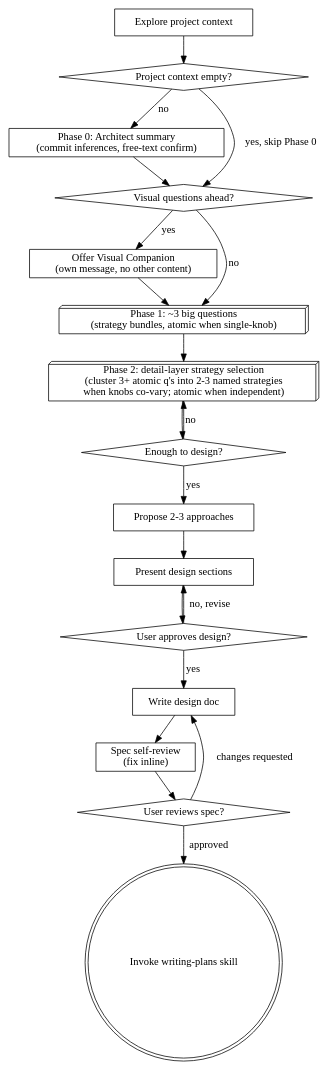
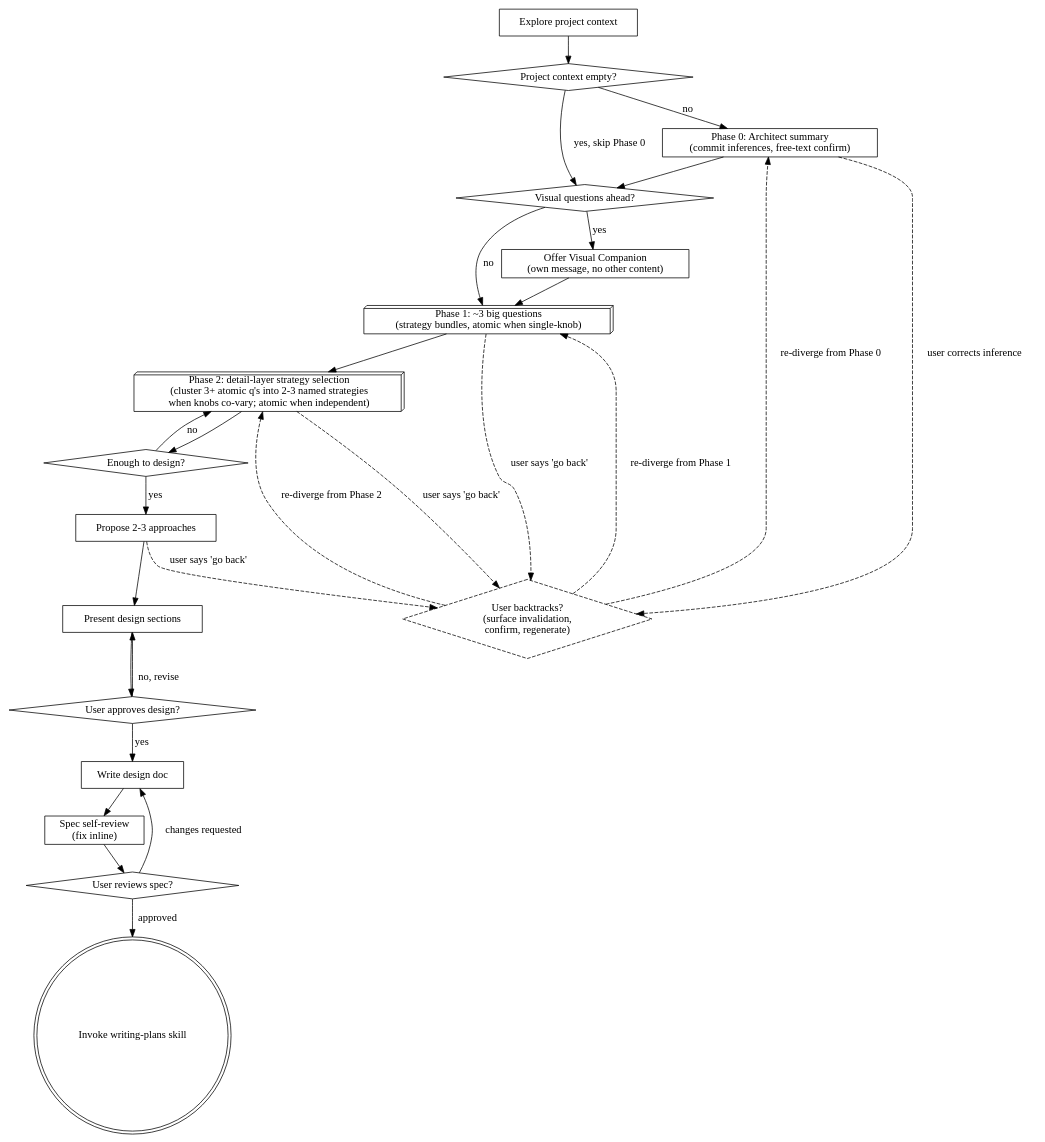
The diagram in plugins/brainstorming/skills/brainstorming/SKILL.md (standardbeagle/standardbeagle-tools), drawn with Graphviz before and after one commit. The commit also changed other lines of this file, not shown here.

First line of the commit message:
[DART-xKgsMlXZn3FD] Brainstorming SKILL.md: formalize diverge/converge + backtrack

````diff
--- a/plugins/brainstorming/skills/brainstorming/SKILL.md
+++ b/plugins/brainstorming/skills/brainstorming/SKILL.md
@@ -51,39 +52,52 @@
 ```dot
 digraph brainstorming {
     "Explore project context" [shape=box];
     "Project context empty?" [shape=diamond];
     "Phase 0: Architect summary\n(commit inferences, free-text confirm)" [shape=box];
     "Visual questions ahead?" [shape=diamond];
     "Offer Visual Companion\n(own message, no other content)" [shape=box];
     "Phase 1: ~3 big questions\n(strategy bundles, atomic when single-knob)" [shape=box3d];
     "Phase 2: detail-layer strategy selection\n(cluster 3+ atomic q's into 2-3 named strategies\nwhen knobs co-vary; atomic when independent)" [shape=box3d];
     "Enough to design?" [shape=diamond];
     "Propose 2-3 approaches" [shape=box];
+    "User backtracks?\n(surface invalidation,\nconfirm, regenerate)" [shape=diamond, style=dashed];
     "Present design sections" [shape=box];
     "User approves design?" [shape=diamond];
     "Write design doc" [shape=box];
     "Spec self-review\n(fix inline)" [shape=box];
     "User reviews spec?" [shape=diamond];
     "Invoke writing-plans skill" [shape=doublecircle];
 
     "Explore project context" -> "Project context empty?";
     "Project context empty?" -> "Visual questions ahead?" [label="yes, skip Phase 0"];
     "Project context empty?" -> "Phase 0: Architect summary\n(commit inferences, free-text confirm)" [label="no"];
     "Phase 0: Architect summary\n(commit inferences, free-text confirm)" -> "Visual questions ahead?";
     "Visual questions ahead?" -> "Offer Visual Companion\n(own message, no other content)" [label="yes"];
     "Visual questions ahead?" -> "Phase 1: ~3 big questions\n(strategy bundles, atomic when single-knob)" [label="no"];
     "Offer Visual Companion\n(own message, no other content)" -> "Phase 1: ~3 big questions\n(strategy bundles, atomic when single-knob)";
     "Phase 1: ~3 big questions\n(strategy bundles, atomic when single-knob)" -> "Phase 2: detail-layer strategy selection\n(cluster 3+ atomic q's into 2-3 named strategies\nwhen knobs co-vary; atomic when independent)";
     "Phase 2: detail-layer strategy selection\n(cluster 3+ atomic q's into 2-3 named strategies\nwhen knobs co-vary; atomic when independent)" -> "Enough to design?";
     "Enough to design?" -> "Phase 2: detail-layer strategy selection\n(cluster 3+ atomic q's into 2-3 named strategies\nwhen knobs co-vary; atomic when independent)" [label="no"];
     "Enough to design?" -> "Propose 2-3 approaches" [label="yes"];
     "Propose 2-3 approaches" -> "Present design sections";
+
+    // Diverge/converge: each layer is a converge point user may revisit.
+    // Backtrack edges are dashed — they're a recurring affordance, not the
+    // common forward path.
+    "Phase 1: ~3 big questions\n(strategy bundles, atomic when single-knob)" -> "User backtracks?\n(surface invalidation,\nconfirm, regenerate)" [style=dashed, label="user says 'go back'"];
+    "Phase 2: detail-layer strategy selection\n(cluster 3+ atomic q's into 2-3 named strategies\nwhen knobs co-vary; atomic when independent)" -> "User backtracks?\n(surface invalidation,\nconfirm, regenerate)" [style=dashed, label="user says 'go back'"];
+    "Propose 2-3 approaches" -> "User backtracks?\n(surface invalidation,\nconfirm, regenerate)" [style=dashed, label="user says 'go back'"];
+    "Phase 0: Architect summary\n(commit inferences, free-text confirm)" -> "User backtracks?\n(surface invalidation,\nconfirm, regenerate)" [style=dashed, label="user corrects inference"];
+    "User backtracks?\n(surface invalidation,\nconfirm, regenerate)" -> "Phase 0: Architect summary\n(commit inferences, free-text confirm)" [style=dashed, label="re-diverge from Phase 0"];
+    "User backtracks?\n(surface invalidation,\nconfirm, regenerate)" -> "Phase 1: ~3 big questions\n(strategy bundles, atomic when single-knob)" [style=dashed, label="re-diverge from Phase 1"];
+    "User backtracks?\n(surface invalidation,\nconfirm, regenerate)" -> "Phase 2: detail-layer strategy selection\n(cluster 3+ atomic q's into 2-3 named strategies\nwhen knobs co-vary; atomic when independent)" [style=dashed, label="re-diverge from Phase 2"];
+
     "Present design sections" -> "User approves design?";
     "User approves design?" -> "Present design sections" [label="no, revise"];
     "User approves design?" -> "Write design doc" [label="yes"];
     "Write design doc" -> "Spec self-review\n(fix inline)";
     "Spec self-review\n(fix inline)" -> "User reviews spec?";
     "User reviews spec?" -> "Write design doc" [label="changes requested"];
     "User reviews spec?" -> "Invoke writing-plans skill" [label="approved"];
 }
 ```
````
